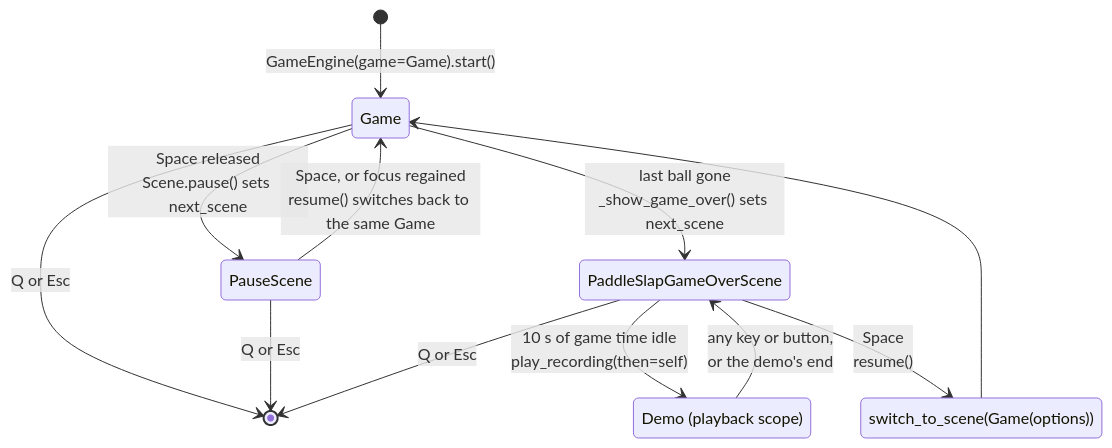
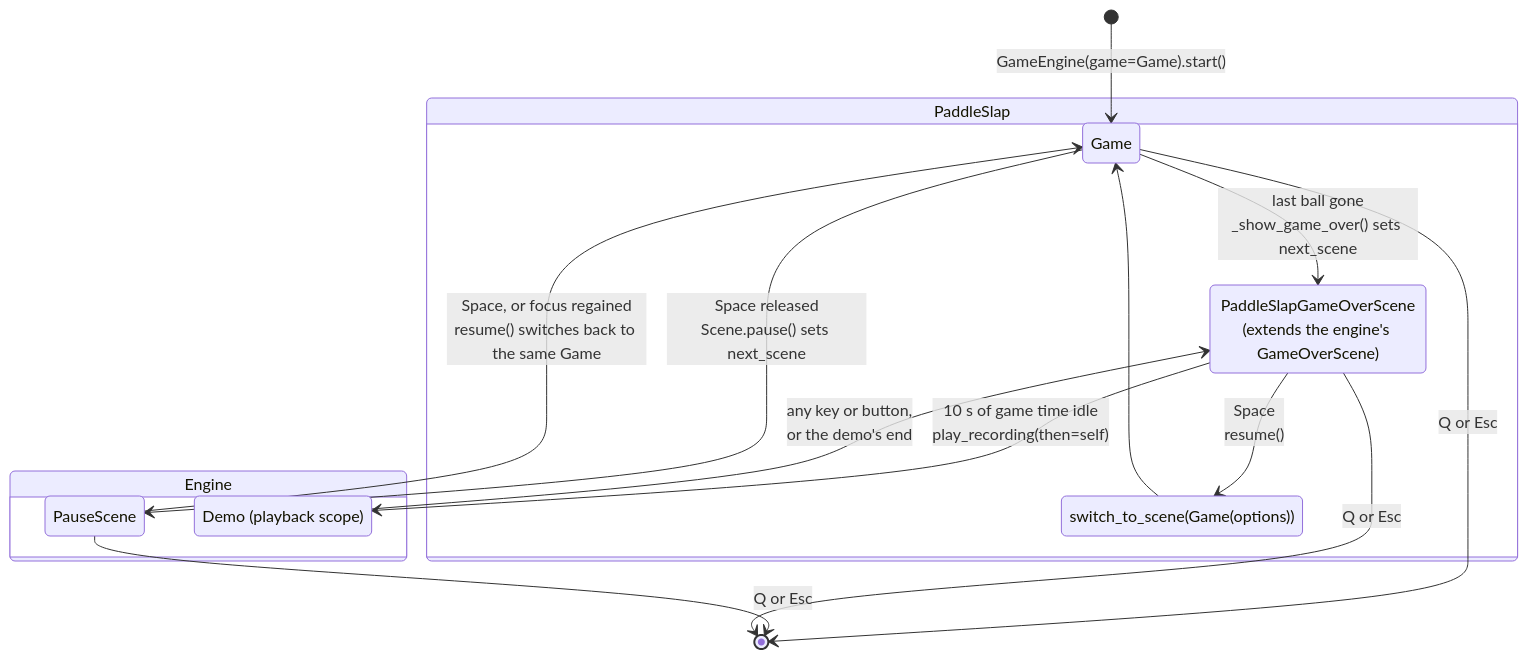
The first of 7 diagrams in docs/games/paddleslap.md (terrysimons/glitchygames), drawn with Mermaid before and after one commit. The commit also changed other lines of this file, not shown here.

First line of the commit message:
Docs: PaddleSlap's other diagrams split into Engine and PaddleSlap

````diff
--- a/docs/games/paddleslap.md
+++ b/docs/games/paddleslap.md
@@ -70,19 +73,25 @@
 ```mermaid
 stateDiagram-v2
     direction TB
+    state "PaddleSlap" as GAME_SCENES {
+        state "Game" as Game
+        state "PaddleSlapGameOverScene<br/>(extends the engine's GameOverScene)" as GameOver
+        state "switch_to_scene(Game(options))" as NewGame
+    }
+    state "Engine" as ENGINE_SCENES {
+        state "PauseScene" as PauseScene
+        state "Demo (playback scope)" as Demo
+    }
+
     [*] --> Game : GameEngine(game=Game).start()
     Game --> PauseScene : Space released<br/>Scene.pause() sets next_scene
     PauseScene --> Game : Space, or focus regained<br/>resume() switches back to the same Game
     Game --> GameOver : last ball gone<br/>_show_game_over() sets next_scene
     GameOver --> Demo : 10 s of game time idle<br/>play_recording(then=self)
     Demo --> GameOver : any key or button,<br/>or the demo's end
     GameOver --> NewGame : Space<br/>resume()
     NewGame --> Game
     Game --> [*] : Q or Esc
     PauseScene --> [*] : Q or Esc
     GameOver --> [*] : Q or Esc
-
-    state "PaddleSlapGameOverScene" as GameOver
-    state "Demo (playback scope)" as Demo
-    state "switch_to_scene(Game(options))" as NewGame
 ```
````
